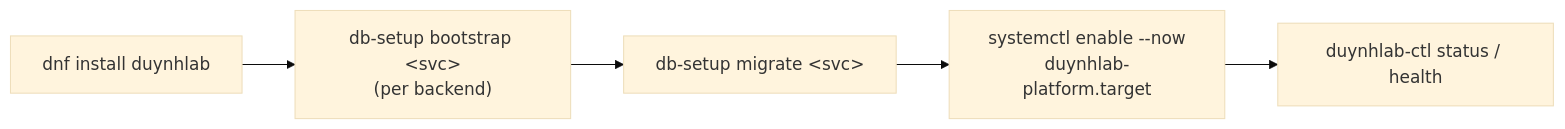
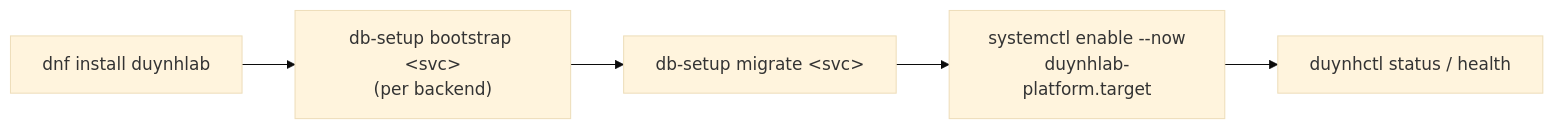
The diagram in docs/003-operations.md (duynhlab/packages), drawn with Mermaid (base theme) before and after one commit. The commit also changed other lines of this file and 23 other files, not shown here.

````diff
--- a/docs/003-operations.md
+++ b/docs/003-operations.md
@@ -72,7 +72,7 @@
 ```mermaid
 flowchart LR
   I[dnf install duynhlab] --> B["db-setup bootstrap &lt;svc&gt;<br/>(per backend)"]
   B --> M["db-setup migrate &lt;svc&gt;"]
   M --> E[systemctl enable --now<br/>duynhlab-platform.target]
-  E --> V[duynhlab-ctl status / health]
+  E --> V[duynhctl status / health]
 ```
````
